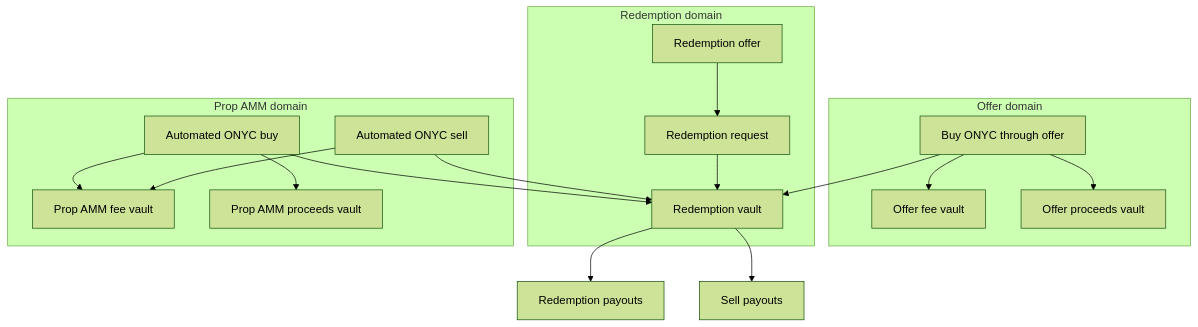
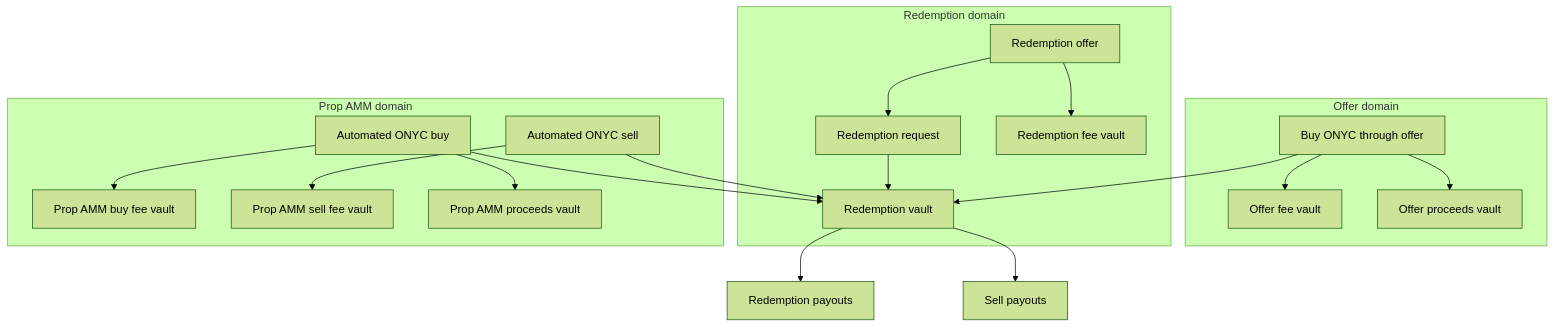
One commit to talllo/onre-sol-fuzz changed the fifth of 9 diagrams in docs/DOMAIN_MODEL.md. Above: the diagram before and after it, drawn with Mermaid (forest theme). The commit also changed other lines of this file and 14 other files, not shown here.

Commit message:
Rename redemption fee vault surface

````diff
--- a/docs/DOMAIN_MODEL.md
+++ b/docs/DOMAIN_MODEL.md
@@ -171,36 +171,39 @@
 ```mermaid
 flowchart TD
     subgraph OfferDomain[Offer domain]
         TakeOffer[Buy ONYC through offer]
         OfferFee[Offer fee vault]
         OfferProceeds[Offer proceeds vault]
     end
 
     subgraph RedemptionDomain[Redemption domain]
         RedemptionOffer[Redemption offer]
         RedemptionRequest[Redemption request]
         RedemptionVault[Redemption vault]
+        RedemptionFee[Redemption fee vault]
     end
 
     subgraph PropAmmDomain[Prop AMM domain]
         PropAmmBuy[Automated ONYC buy]
         PropAmmSell[Automated ONYC sell]
-        PropAmmFee[Prop AMM fee vault]
+        PropAmmBuyFee[Prop AMM buy fee vault]
+        PropAmmSellFee[Prop AMM sell fee vault]
         PropAmmProceeds[Prop AMM proceeds vault]
     end
 
     TakeOffer --> OfferFee
     TakeOffer --> OfferProceeds
     TakeOffer --> RedemptionVault
 
     RedemptionOffer --> RedemptionRequest
+    RedemptionOffer --> RedemptionFee
     RedemptionRequest --> RedemptionVault
     RedemptionVault --> RedemptionPayouts[Redemption payouts]
 
-    PropAmmBuy --> PropAmmFee
+    PropAmmBuy --> PropAmmBuyFee
     PropAmmBuy --> PropAmmProceeds
     PropAmmBuy --> RedemptionVault
-    PropAmmSell --> PropAmmFee
+    PropAmmSell --> PropAmmSellFee
     PropAmmSell --> RedemptionVault
     RedemptionVault --> AmmSellPayouts[Sell payouts]
 ```
````
